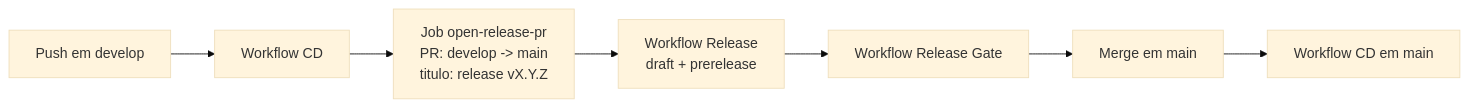
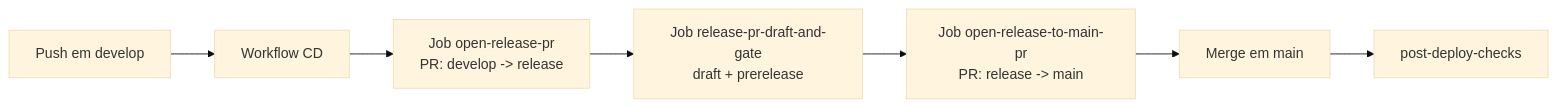
The fourth of 6 diagrams in README.md (PauloGuedes2/passos-magicos-datathon), drawn with Mermaid (base theme) before and after one commit. The commit also changed other lines of this file and 6 other files, not shown here.

````diff
--- a/README.md
+++ b/README.md
@@ -315,9 +315,9 @@
 ```mermaid
 flowchart LR
     D[Push em develop] --> CD[Workflow CD]
-    CD --> PR[Job open-release-pr<br/>PR: develop -> main<br/>titulo: release vX.Y.Z]
-    PR --> REL[Workflow Release<br/>draft + prerelease]
-    REL --> GATE[Workflow Release Gate]
-    GATE --> M[Merge em main]
-    M --> CDM[Workflow CD em main]
+    CD --> PR1[Job open-release-pr<br/>PR: develop -> release]
+    PR1 --> REL[Job release-pr-draft-and-gate<br/>draft + prerelease]
+    REL --> PR2[Job open-release-to-main-pr<br/>PR: release -> main]
+    PR2 --> M[Merge em main]
+    M --> PDC[post-deploy-checks]
 ```
````
